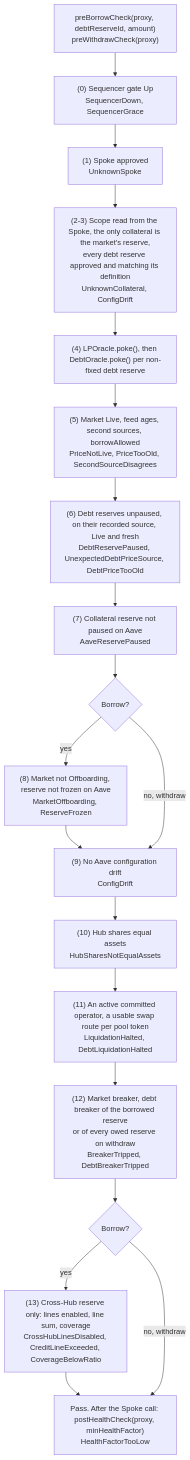
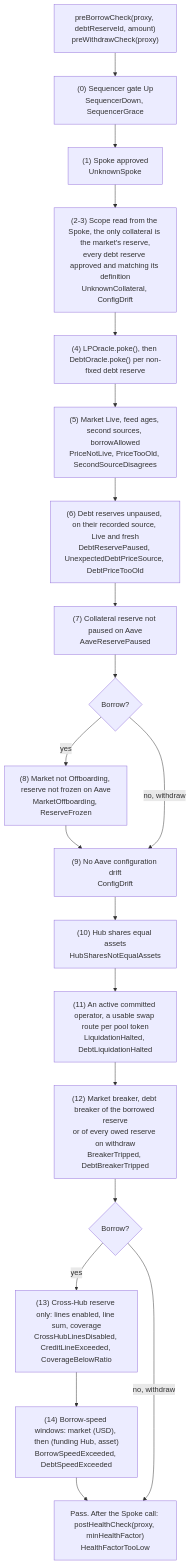
The diagram in spec/02-contracts/07-risk-module.md (Avana-Labs/avana-monorepo), drawn with Mermaid before and after one commit. The commit also changed other lines of this file and 83 other files, not shown here.

First line of the commit message:
RiskModule: borrow and pledge speed limits

````diff
--- a/spec/02-contracts/07-risk-module.md
+++ b/spec/02-contracts/07-risk-module.md
@@ -206,26 +209,27 @@
 ```mermaid
 flowchart TD
   IN["preBorrowCheck(proxy, debtReserveId, amount)<br/>preWithdrawCheck(proxy)"]
   C0["(0) Sequencer gate Up<br/>SequencerDown, SequencerGrace"]
   C1["(1) Spoke approved<br/>UnknownSpoke"]
   C2["(2-3) Scope read from the Spoke, the only collateral is the market's reserve,<br/>every debt reserve approved and matching its definition<br/>UnknownCollateral, ConfigDrift"]
   C4["(4) LPOracle.poke(), then DebtOracle.poke() per non-fixed debt reserve"]
   C5["(5) Market Live, feed ages, second sources, borrowAllowed<br/>PriceNotLive, PriceTooOld, SecondSourceDisagrees"]
   C6["(6) Debt reserves unpaused, on their recorded source, Live and fresh<br/>DebtReservePaused, UnexpectedDebtPriceSource, DebtPriceTooOld"]
   C7["(7) Collateral reserve not paused on Aave<br/>AaveReservePaused"]
   B8{"Borrow?"}
   C8["(8) Market not Offboarding, reserve not frozen on Aave<br/>MarketOffboarding, ReserveFrozen"]
   C9["(9) No Aave configuration drift<br/>ConfigDrift"]
   C10["(10) Hub shares equal assets<br/>HubSharesNotEqualAssets"]
   C11["(11) An active committed operator, a usable swap route per pool token<br/>LiquidationHalted, DebtLiquidationHalted"]
   C12["(12) Market breaker, debt breaker of the borrowed reserve<br/>or of every owed reserve on withdraw<br/>BreakerTripped, DebtBreakerTripped"]
   B13{"Borrow?"}
   C13["(13) Cross-Hub reserve only: lines enabled, line sum, coverage<br/>CrossHubLinesDisabled, CreditLineExceeded, CoverageBelowRatio"]
+  C14["(14) Borrow-speed windows: market (USD), then (funding Hub, asset)<br/>BorrowSpeedExceeded, DebtSpeedExceeded"]
   OK["Pass. After the Spoke call: postHealthCheck(proxy, minHealthFactor)<br/>HealthFactorTooLow"]
   IN --> C0 --> C1 --> C2 --> C4 --> C5 --> C6 --> C7 --> B8
   B8 -- yes --> C8 --> C9
   B8 -- "no, withdraw" --> C9
   C9 --> C10 --> C11 --> C12 --> B13
-  B13 -- yes --> C13 --> OK
+  B13 -- yes --> C13 --> C14 --> OK
   B13 -- "no, withdraw" --> OK
 ```
````
